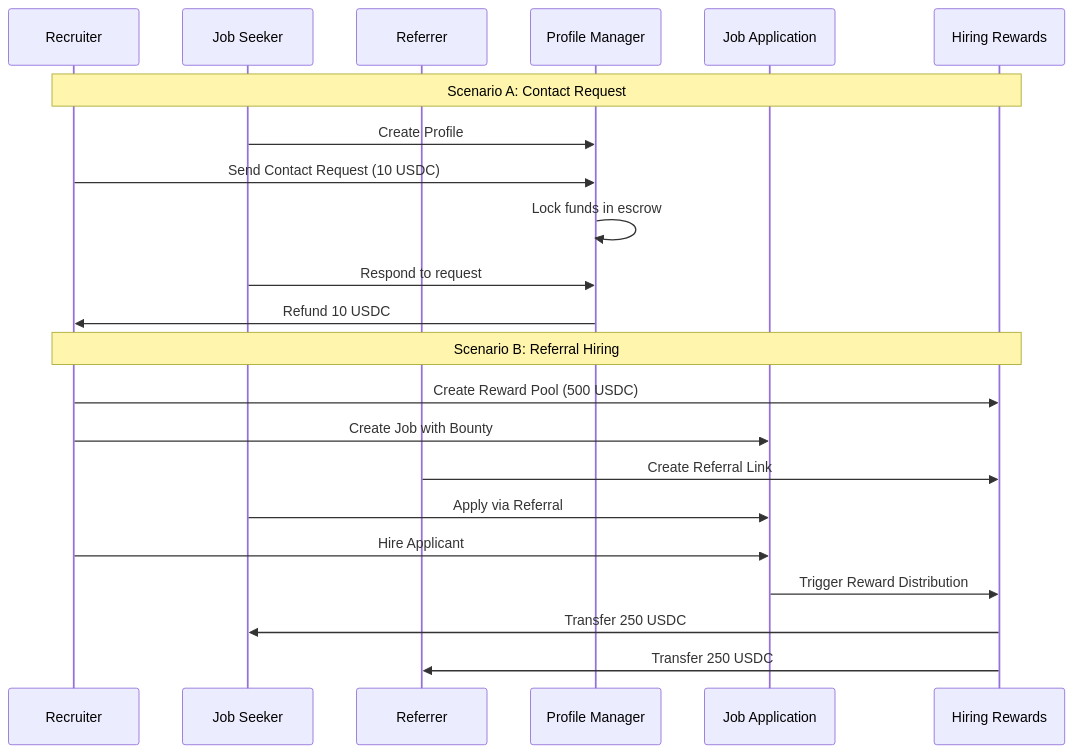
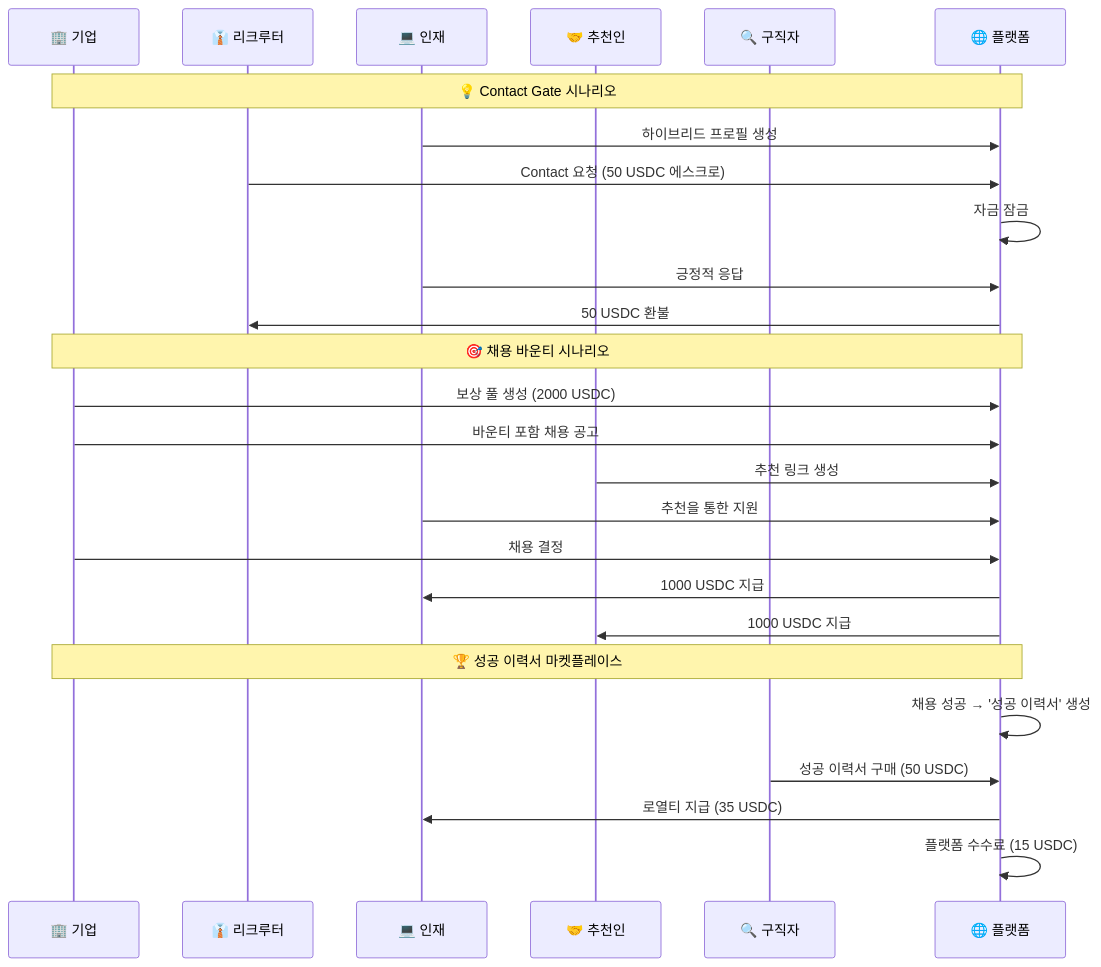
The diagram in README.md (CardPass-Solana/Program_sequence), drawn with Mermaid before and after one commit. The commit also changed other lines of this file and 2 other files, not shown here.

````diff
--- a/README.md
+++ b/README.md
@@ -228,26 +298,31 @@
 ```mermaid
 sequenceDiagram
-    participant R as Recruiter
-    participant JS as Job Seeker
-    participant REF as Referrer
-    participant PM as Profile Manager
-    participant JA as Job Application
-    participant HR as Hiring Rewards
+    participant Company as 🏢 기업
+    participant Recruiter as 👔 리크루터
+    participant Talent as 💻 인재
+    participant Referrer as 🤝 추천인
+    participant JobSeeker as 🔍 구직자
+    participant Platform as 🌐 플랫폼
 
-    Note over R,HR: Scenario A: Contact Request
-    JS->>PM: Create Profile
-    R->>PM: Send Contact Request (10 USDC)
-    PM->>PM: Lock funds in escrow
-    JS->>PM: Respond to request
-    PM->>R: Refund 10 USDC
+    Note over Company,Platform: 💡 Contact Gate 시나리오
+    Talent->>Platform: 하이브리드 프로필 생성
+    Recruiter->>Platform: Contact 요청 (50 USDC 에스크로)
+    Platform->>Platform: 자금 잠금
+    Talent->>Platform: 긍정적 응답
+    Platform->>Recruiter: 50 USDC 환불
 
-    Note over R,HR: Scenario B: Referral Hiring
-    R->>HR: Create Reward Pool (500 USDC)
-    R->>JA: Create Job with Bounty
-    REF->>HR: Create Referral Link
-    JS->>JA: Apply via Referral
-    R->>JA: Hire Applicant
-    JA->>HR: Trigger Reward Distribution
-    HR->>JS: Transfer 250 USDC
-    HR->>REF: Transfer 250 USDC
+    Note over Company,Platform: 🎯 채용 바운티 시나리오
+    Company->>Platform: 보상 풀 생성 (2000 USDC)
+    Company->>Platform: 바운티 포함 채용 공고
+    Referrer->>Platform: 추천 링크 생성
+    Talent->>Platform: 추천을 통한 지원
+    Company->>Platform: 채용 결정
+    Platform->>Talent: 1000 USDC 지급
+    Platform->>Referrer: 1000 USDC 지급
+
+    Note over Company,Platform: 🏆 성공 이력서 마켓플레이스
+    Platform->>Platform: 채용 성공 → '성공 이력서' 생성
+    JobSeeker->>Platform: 성공 이력서 구매 (50 USDC)
+    Platform->>Talent: 로열티 지급 (35 USDC)
+    Platform->>Platform: 플랫폼 수수료 (15 USDC)
 ```
````
